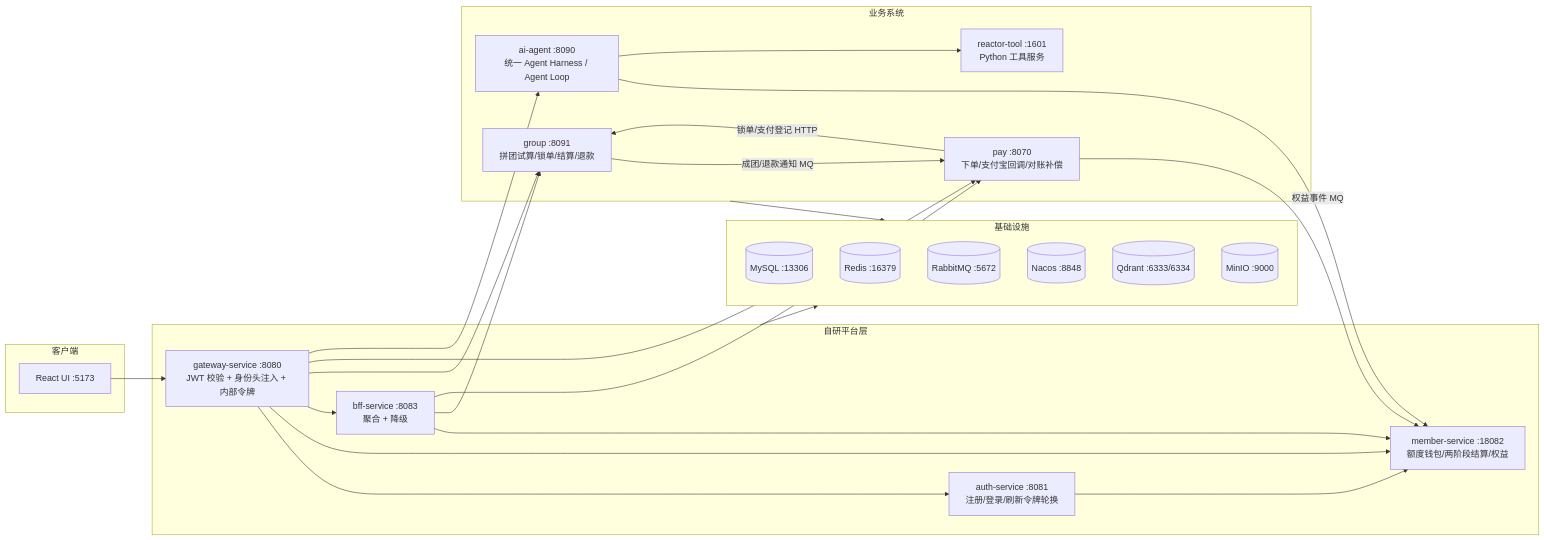
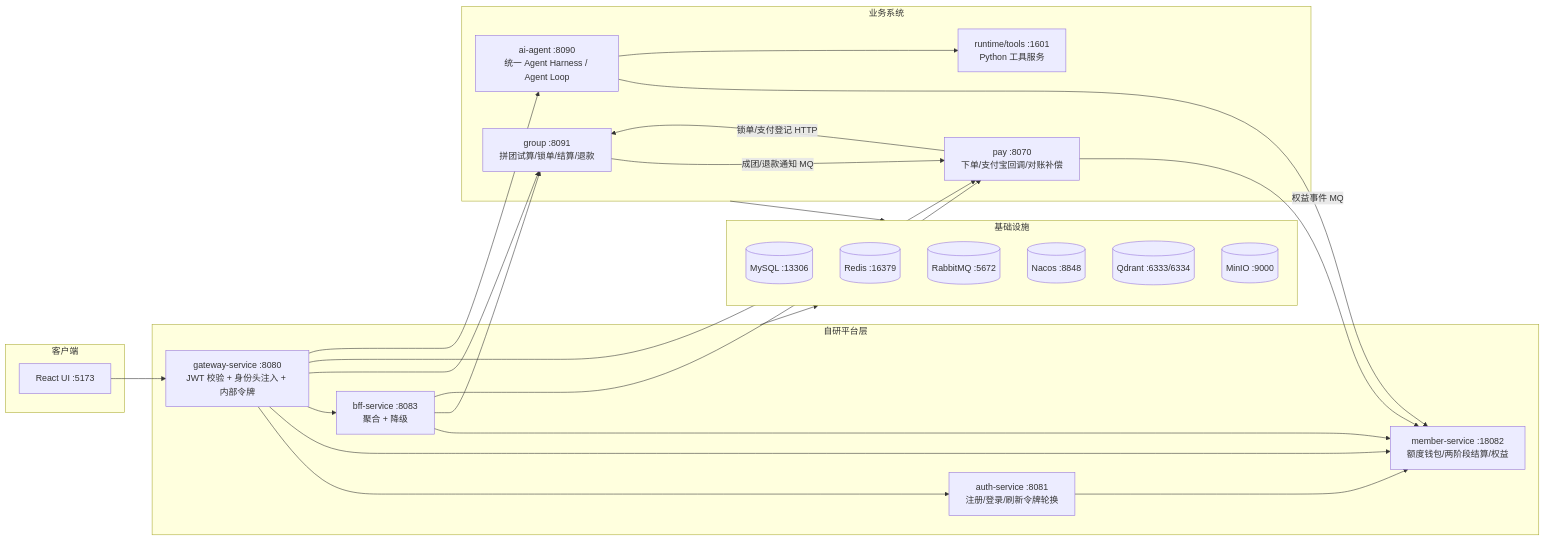
Before and after one commit to zhanglinrun/ai-group: the diagram in README.md, drawn with Mermaid. The commit also changed other lines of this file and 700 other files, not shown here.

````diff
--- a/README.md
+++ b/README.md
@@ -11,40 +11,40 @@
 ```mermaid
 flowchart LR
     subgraph client [客户端]
         UI["React UI :5173"]
     end
 
     subgraph platform [自研平台层]
         GW["gateway-service :8080<br/>JWT 校验 + 身份头注入 + 内部令牌"]
         AUTH["auth-service :8081<br/>注册/登录/刷新令牌轮换"]
         MEMBER["member-service :18082<br/>额度钱包/两阶段结算/权益"]
         BFF["bff-service :8083<br/>聚合 + 降级"]
     end
 
     subgraph business [业务系统]
         GROUP["group :8091<br/>拼团试算/锁单/结算/退款"]
         PAY["pay :8070<br/>下单/支付宝回调/对账补偿"]
         AGENT["ai-agent :8090<br/>统一 Agent Harness / Agent Loop"]
-        TOOL["reactor-tool :1601<br/>Python 工具服务"]
+        TOOL["runtime/tools :1601<br/>Python 工具服务"]
     end
 
     subgraph infra [基础设施]
         MYSQL[("MySQL :13306")]
         REDIS[("Redis :16379")]
         MQ[("RabbitMQ :5672")]
         NACOS[("Nacos :8848")]
         QDRANT[("Qdrant :6333/6334")]
         MINIO[("MinIO :9000")]
     end
 
     UI --> GW
     GW --> AUTH & MEMBER & BFF & GROUP & PAY & AGENT
     BFF --> MEMBER & GROUP & PAY
     AUTH --> MEMBER
     AGENT --> MEMBER & TOOL
     PAY -->|"锁单/支付登记 HTTP"| GROUP
     GROUP -->|"成团/退款通知 MQ"| PAY
     PAY -->|"权益事件 MQ"| MEMBER
     business --> infra
     platform --> infra
 ```
````
